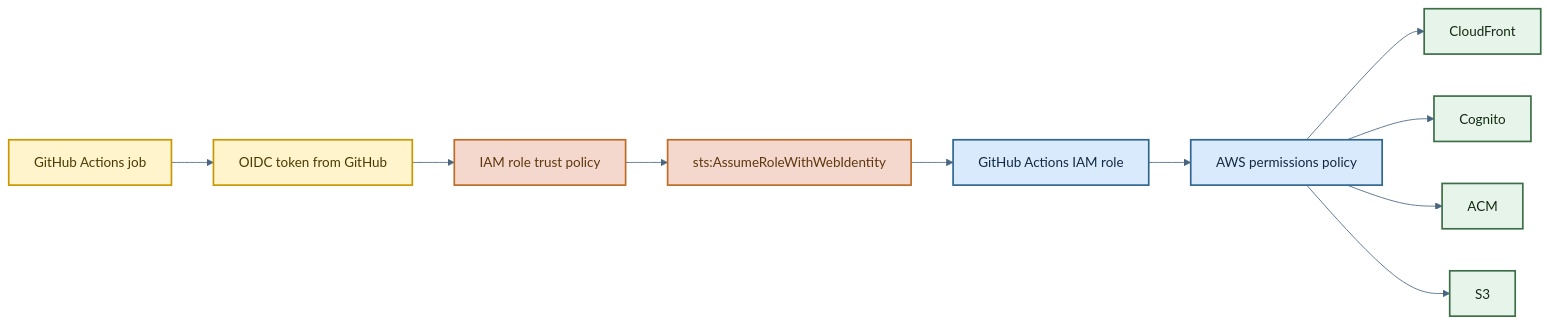
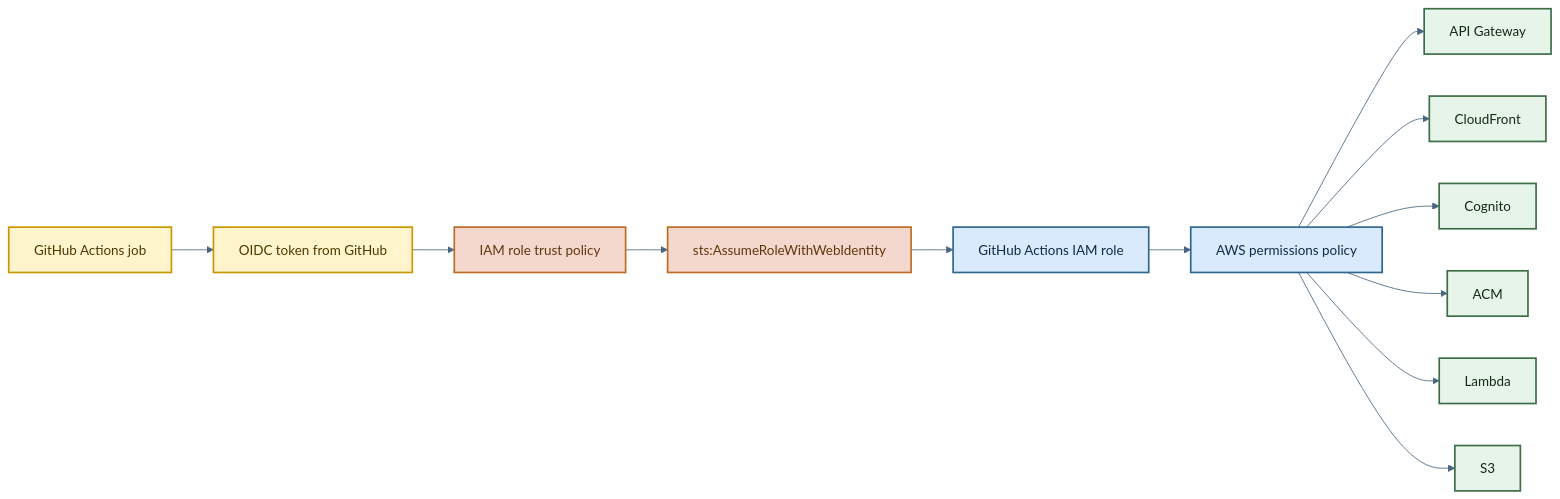
The first of 2 diagrams in infra/modules/github-actions-auth/README.md (reiganarmstrong/check-split-mono), drawn with Mermaid before and after one commit. The commit also changed other lines of this file and 21 other files, not shown here.

````diff
--- a/infra/modules/github-actions-auth/README.md
+++ b/infra/modules/github-actions-auth/README.md
@@ -24,33 +26,35 @@
 ```mermaid
 ---
 config:
   theme: base
   themeVariables:
     primaryColor: "#D9EAFD"
     primaryTextColor: "#102A43"
     primaryBorderColor: "#2F6690"
     lineColor: "#486581"
     secondaryColor: "#E6F4EA"
     tertiaryColor: "#FFF4CC"
 ---
 flowchart LR
   G["GitHub Actions job"] --> T["OIDC token from GitHub"]
   T --> R["IAM role trust policy"]
   R --> S["sts:AssumeRoleWithWebIdentity"]
   S --> I["GitHub Actions IAM role"]
   I --> A["AWS permissions policy"]
+  A --> AG["API Gateway"]
   A --> CF["CloudFront"]
   A --> C["Cognito"]
   A --> ACM["ACM"]
+  A --> L["Lambda"]
   A --> S3["S3"]
 
   classDef ci fill:#FFF4CC,stroke:#C99700,color:#4A3A00,stroke-width:2px;
   classDef trust fill:#F4D8CD,stroke:#BC6C25,color:#5F370E,stroke-width:2px;
   classDef iam fill:#D9EAFD,stroke:#2F6690,color:#102A43,stroke-width:2px;
   classDef aws fill:#E6F4EA,stroke:#3C6E47,color:#132A13,stroke-width:2px;
 
   class G,T ci;
   class R,S trust;
   class I,A iam;
-  class CF,C,ACM,S3 aws;
+  class AG,CF,C,ACM,L,S3 aws;
 ```
````
